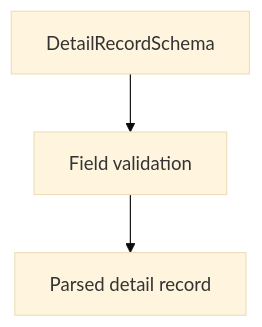
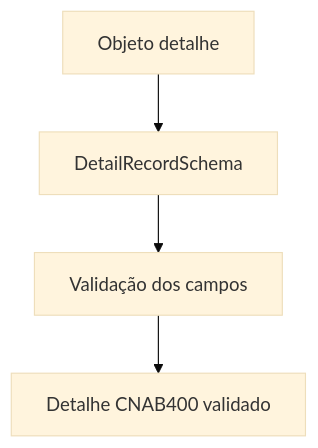
Before and after one commit to linkiez/BoletoSDK: the diagram in src/schemas/cnab400/DetailRecordSchema.doc.md, drawn with Mermaid (base theme). The commit also changed other lines of this file and 6 other files, not shown here.

Commit message:
fix(cnab400): serializar campos CNAB400 do Itaú

````diff
--- a/src/schemas/cnab400/DetailRecordSchema.doc.md
+++ b/src/schemas/cnab400/DetailRecordSchema.doc.md
@@ -19,5 +19,6 @@
 ```mermaid
 flowchart TD
-  A[DetailRecordSchema] --> B[Field validation]
-  B --> C[Parsed detail record]
+  A[Objeto detalhe] --> B[DetailRecordSchema]
+  B --> C[Validação dos campos]
+  C --> D[Detalhe CNAB400 validado]
 ```
````
